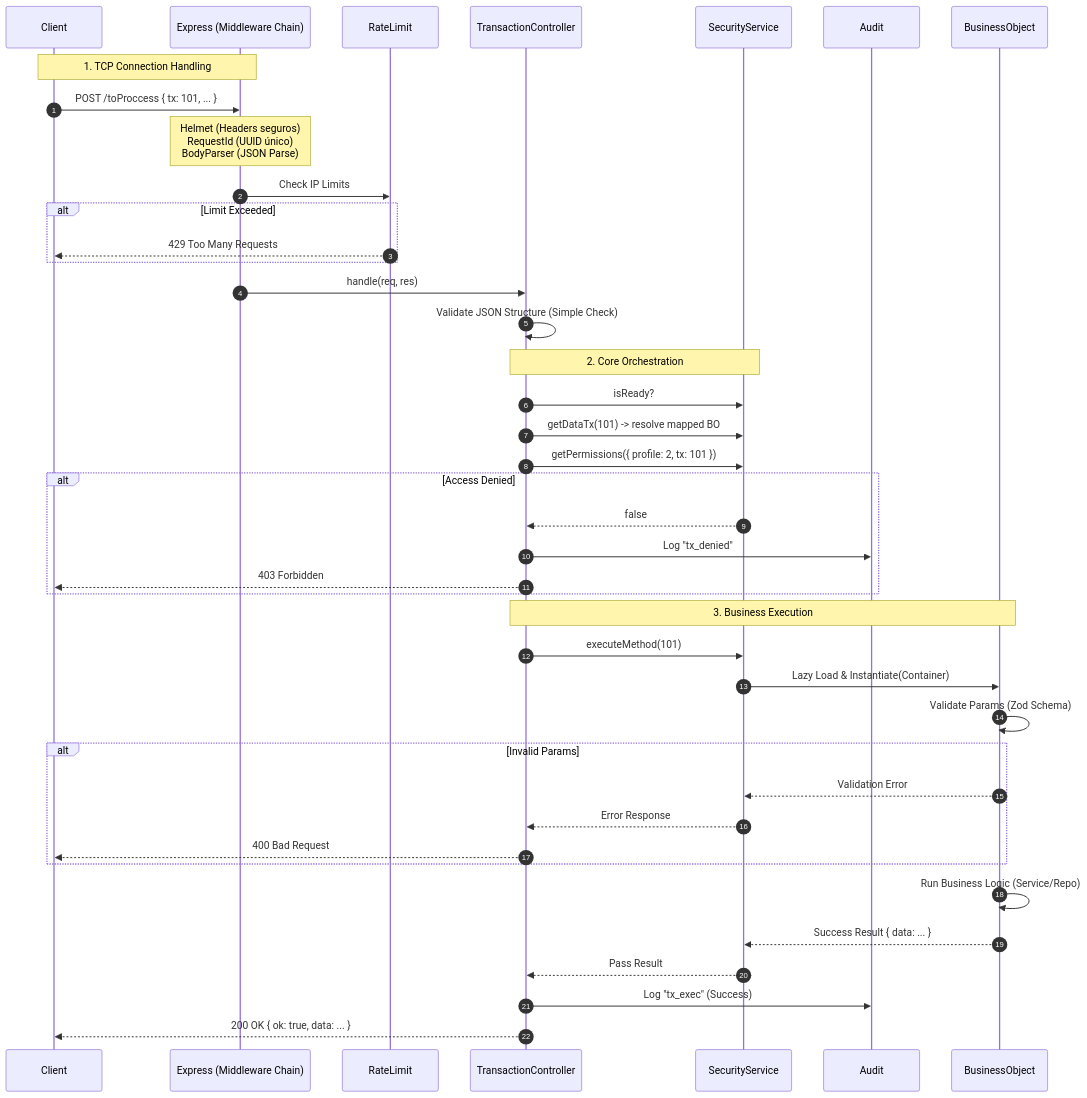
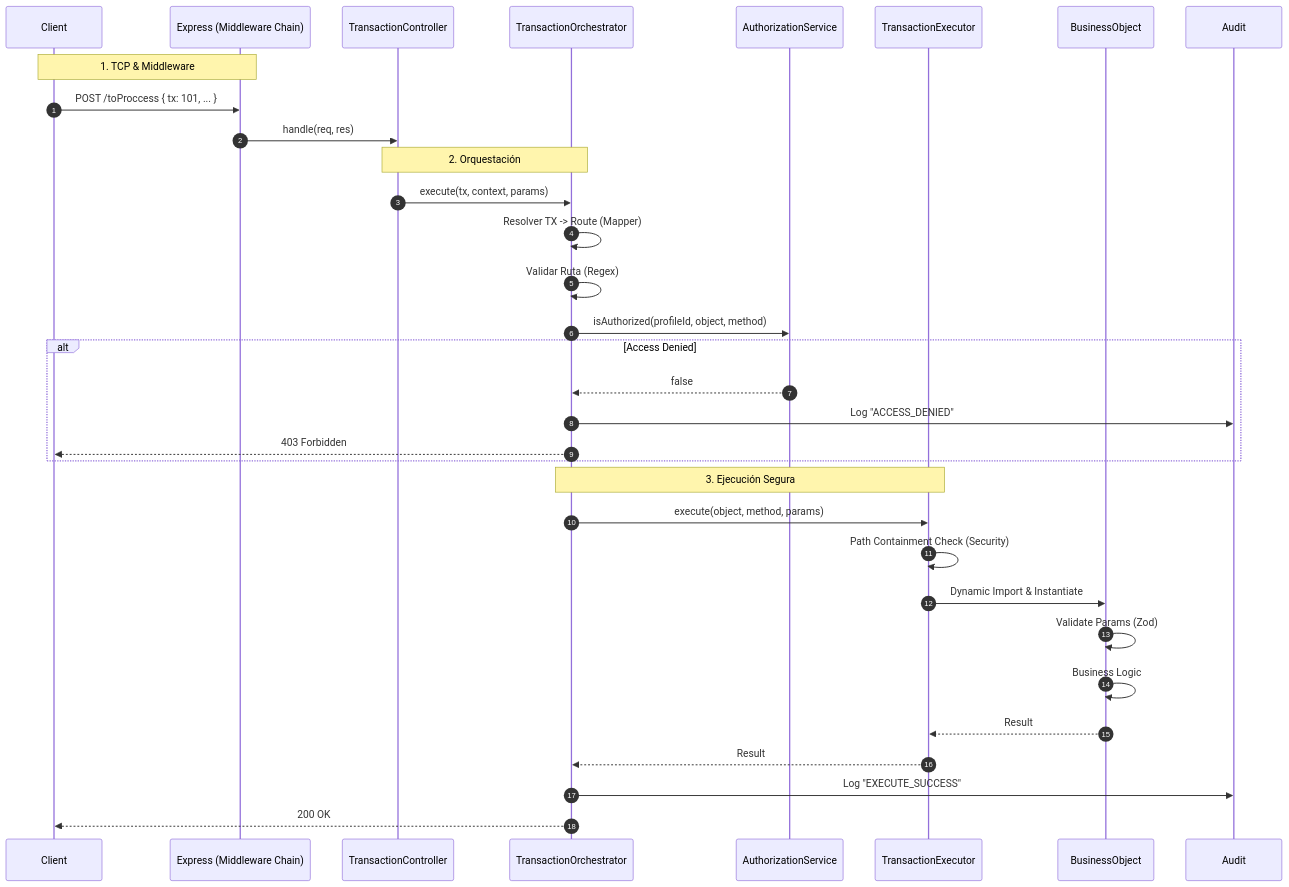
Before and after one commit to EliabParra/toproc: the diagram in docs/02-Architecture/TRANSACTION_FLOW.es.md, drawn with Mermaid. The commit also changed other lines of this file and 18 other files, not shown here.

First line of the commit message:
refactor(security): core decoupling and security hardening

````diff
--- a/docs/02-Architecture/TRANSACTION_FLOW.es.md
+++ b/docs/02-Architecture/TRANSACTION_FLOW.es.md
@@ -7,55 +7,45 @@
 ```mermaid
 sequenceDiagram
     autonumber
     participant Client
     participant Express as Express (Middleware Chain)
-    participant RateLimit
     participant TxCtrl as TransactionController
-    participant Security as SecurityService
+    participant Orch as TransactionOrchestrator
+    participant AuthZ as AuthorizationService
+    participant Exec as TransactionExecutor
+    participant BO as BusinessObject
     participant Audit
-    participant BO as BusinessObject
 
-    Note over Client,Express: 1. TCP Connection Handling
+    Note over Client,Express: 1. TCP & Middleware
     Client->>Express: POST /toProccess { tx: 101, ... }
+    Express->>TxCtrl: handle(req, res)
 
-    Note over Express: Helmet (Headers seguros)<br>RequestId (UUID único)<br>BodyParser (JSON Parse)
+    Note over TxCtrl,Orch: 2. Orquestación
+    TxCtrl->>Orch: execute(tx, context, params)
 
-    Express->>RateLimit: Check IP Limits
-    alt Limit Exceeded
-        RateLimit-->>Client: 429 Too Many Requests
+    Orch->>Orch: Resolver TX -> Route (Mapper)
+    Orch->>Orch: Validar Ruta (Regex)
+
+    Orch->>AuthZ: isAuthorized(profileId, object, method)
+    alt Access Denied
+        AuthZ-->>Orch: false
+        Orch->>Audit: Log "ACCESS_DENIED"
+        Orch-->>Client: 403 Forbidden
     end
 
-    Express->>TxCtrl: handle(req, res)
+    Note over Orch,Exec: 3. Ejecución Segura
+    Orch->>Exec: execute(object, method, params)
 
-    TxCtrl->>TxCtrl: Validate JSON Structure (Simple Check)
+    Exec->>Exec: Path Containment Check (Security)
+    Exec->>BO: Dynamic Import & Instantiate
 
-    Note over TxCtrl,Security: 2. Core Orchestration
-    TxCtrl->>Security: isReady?
-    TxCtrl->>Security: getDataTx(101) -> resolve mapped BO
+    BO->>BO: Validate Params (Zod)
 
-    TxCtrl->>Security: getPermissions({ profile: 2, tx: 101 })
-    alt Access Denied
-        Security-->>TxCtrl: false
-        TxCtrl->>Audit: Log "tx_denied"
-        TxCtrl-->>Client: 403 Forbidden
-    end
+    BO->>BO: Business Logic
 
-    Note over TxCtrl,BO: 3. Business Execution
-    TxCtrl->>Security: executeMethod(101)
-    Security->>BO: Lazy Load & Instantiate(Container)
+    BO-->>Exec: Result
+    Exec-->>Orch: Result
 
-    BO->>BO: Validate Params (Zod Schema)
-    alt Invalid Params
-        BO-->>Security: Validation Error
-        Security-->>TxCtrl: Error Response
-        TxCtrl-->>Client: 400 Bad Request
-    end
-
-    BO->>BO: Run Business Logic (Service/Repo)
-
-    BO-->>Security: Success Result { data: ... }
-    Security-->>TxCtrl: Pass Result
-
-    TxCtrl->>Audit: Log "tx_exec" (Success)
-    TxCtrl-->>Client: 200 OK { ok: true, data: ... }
+    Orch->>Audit: Log "EXECUTE_SUCCESS"
+    Orch-->>Client: 200 OK
 ```
````
